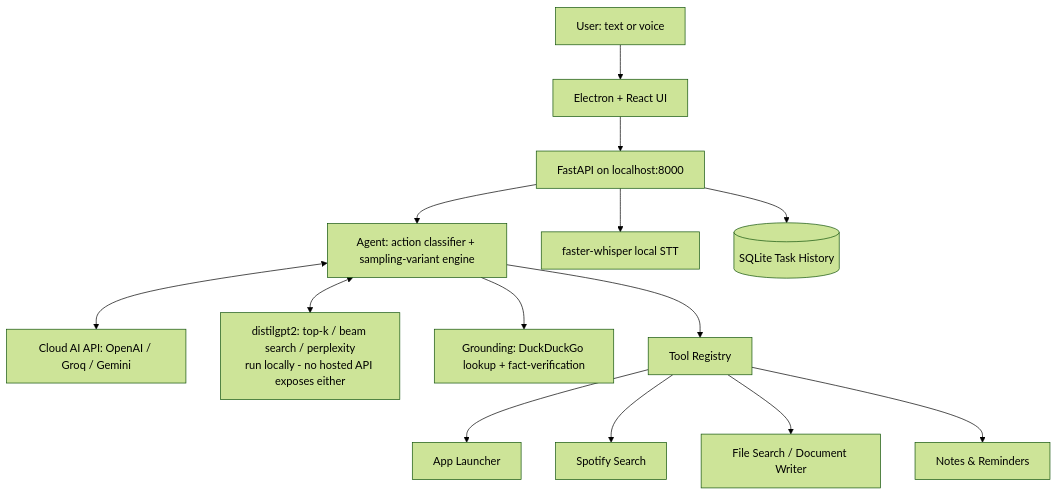
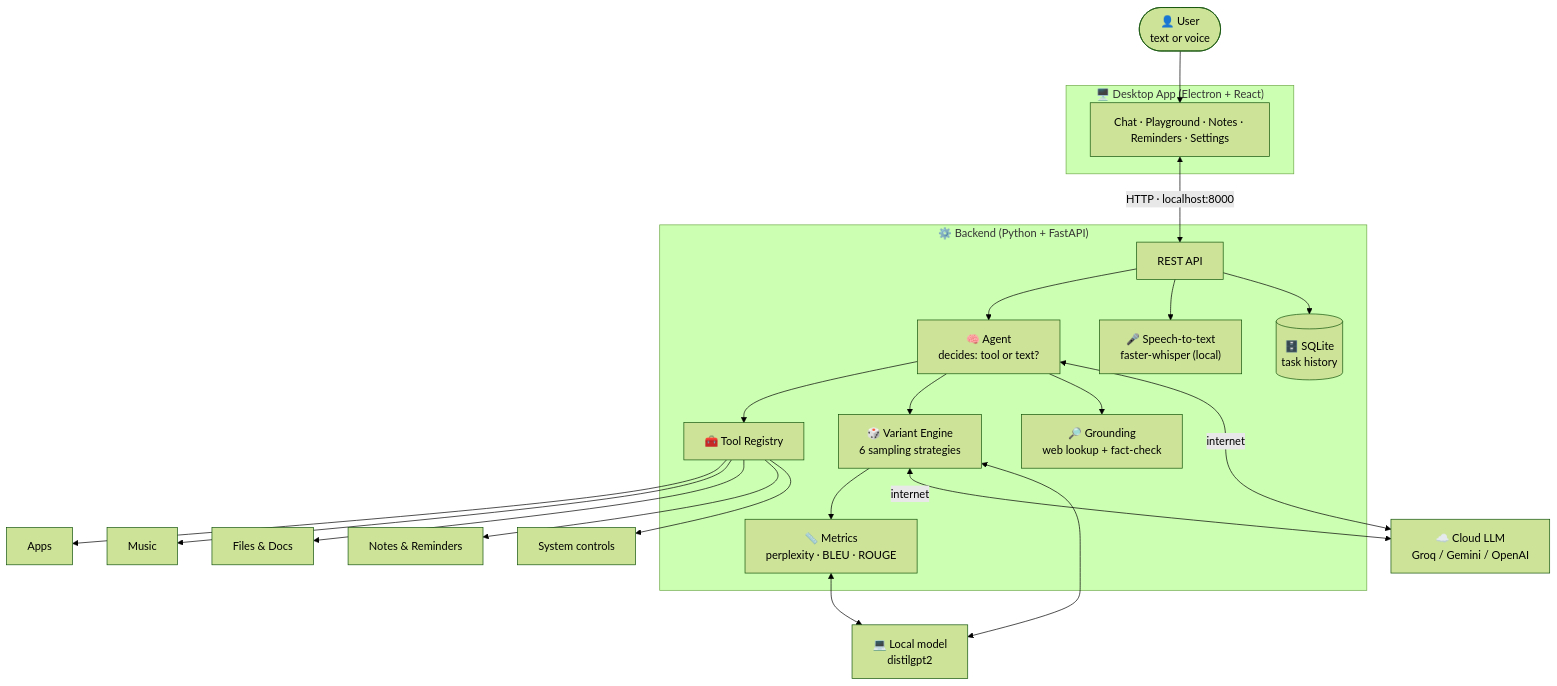
The second of 7 diagrams in README.md (eshaansingla/Aether), drawn with Mermaid (forest theme) before and after one commit. The commit also changed other lines of this file and 3 other files, not shown here.

````diff
--- a/README.md
+++ b/README.md
@@ -46,16 +236,27 @@
 ```mermaid
 flowchart TD
-    U[User: text or voice] --> UI[Electron + React UI]
-    UI --> API[FastAPI on localhost:8000]
-    API --> AG[Agent: action classifier + sampling-variant engine]
-    AG <--> CLOUD[Cloud AI API: OpenAI / Groq / Gemini]
-    AG <--> LOCAL[distilgpt2: top-k / beam search / perplexity\nrun locally - no hosted API exposes either]
-    AG --> GROUND[Grounding: DuckDuckGo lookup + fact-verification]
-    AG --> TR[Tool Registry]
-    TR --> DESK[App Launcher]
-    TR --> MUS[Spotify Search]
-    TR --> FILE[File Search / Document Writer]
-    TR --> NOTE[Notes & Reminders]
-    API --> STT[faster-whisper local STT]
-    API --> DB[(SQLite Task History)]
+    U(["👤 User<br/>text or voice"]) --> UI
+
+    subgraph DESKTOP["🖥️ Desktop App (Electron + React)"]
+        UI["Chat · Playground · Notes · Reminders · Settings"]
+    end
+
+    UI <-->|"HTTP · localhost:8000"| API
+
+    subgraph BACKEND["⚙️ Backend (Python + FastAPI)"]
+        API["REST API"] --> AG["🧠 Agent<br/>decides: tool or text?"]
+        AG --> TR["🧰 Tool Registry"]
+        AG --> VE["🎲 Variant Engine<br/>6 sampling strategies"]
+        VE --> EV["📏 Metrics<br/>perplexity · BLEU · ROUGE"]
+        AG --> GR["🔎 Grounding<br/>web lookup + fact-check"]
+        API --> STT["🎤 Speech-to-text<br/>faster-whisper (local)"]
+        API --> DB[("🗄️ SQLite<br/>task history")]
+    end
+
+    TR --> T1["Apps"] & T2["Music"] & T3["Files & Docs"] & T4["Notes & Reminders"] & T5["System controls"]
+
+    AG <-->|"internet"| CLOUD["☁️ Cloud LLM<br/>Groq / Gemini / OpenAI"]
+    VE <-->|"internet"| CLOUD
+    VE <--> LOCAL["💻 Local model<br/>distilgpt2"]
+    EV <--> LOCAL
 ```
````
